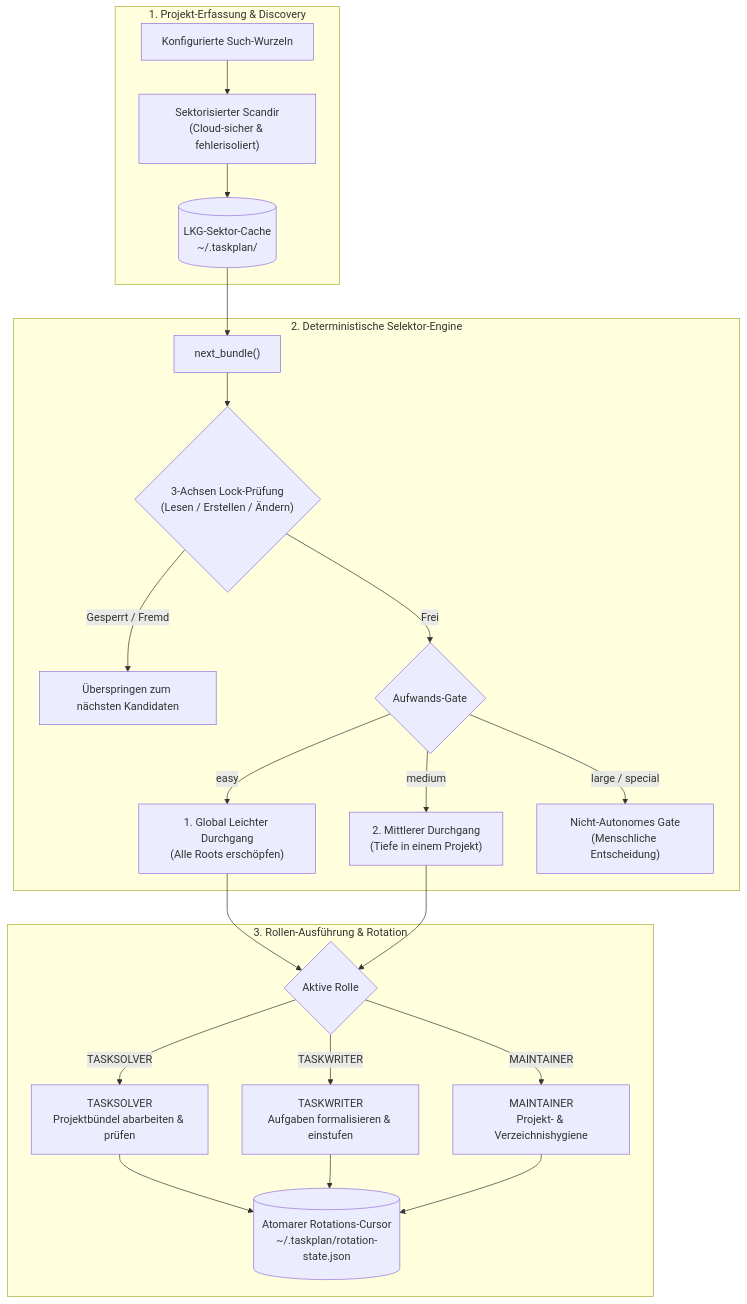
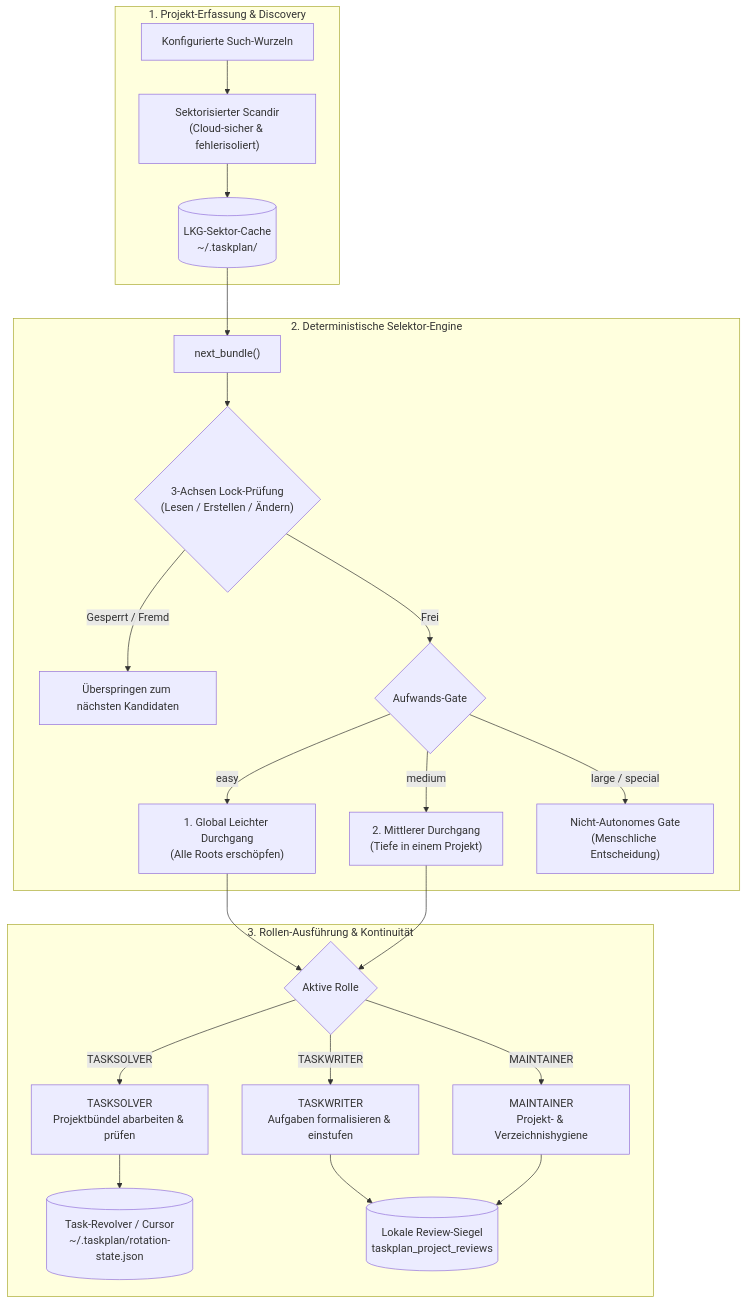
The diagram in README_de.md (ellmos-ai/task-master), drawn with Mermaid before and after one commit. The commit also changed other lines of this file and 25 other files, not shown here.

Commit message:
feat(review): add local seal and revisit pool

````diff
--- a/README_de.md
+++ b/README_de.md
@@ -46,28 +46,28 @@
 ```mermaid
 flowchart TD
     subgraph Discovery["1. Projekt-Erfassung & Discovery"]
         Roots["Konfigurierte Such-Wurzeln"] --> Scanner["Sektorisierter Scandir<br/>(Cloud-sicher & fehlerisoliert)"]
         Scanner --> Cache[("LKG-Sektor-Cache<br/>~/.taskplan/")]
     end
 
     subgraph Selection["2. Deterministische Selektor-Engine"]
         Cache --> NextBundle["next_bundle()"]
         NextBundle --> LockGate{"3-Achsen Lock-Prüfung<br/>(Lesen / Erstellen / Ändern)"}
         LockGate -->|Gesperrt / Fremd| Skip["Überspringen zum nächsten Kandidaten"]
         LockGate -->|Frei| EffortGate{"Aufwands-Gate"}
         EffortGate -->|easy| GlobalEasy["1. Global Leichter Durchgang<br/>(Alle Roots erschöpfen)"]
         EffortGate -->|medium| MediumPass["2. Mittlerer Durchgang<br/>(Tiefe in einem Projekt)"]
         EffortGate -->|large / special| NonAuto["Nicht-Autonomes Gate<br/>(Menschliche Entscheidung)"]
     end
 
-    subgraph Execution["3. Rollen-Ausführung & Rotation"]
+    subgraph Execution["3. Rollen-Ausführung & Kontinuität"]
         GlobalEasy --> Roles{"Aktive Rolle"}
         MediumPass --> Roles
         Roles -->|TASKWRITER| TW["TASKWRITER<br/>Aufgaben formalisieren & einstufen"]
         Roles -->|TASKSOLVER| TS["TASKSOLVER<br/>Projektbündel abarbeiten & prüfen"]
         Roles -->|MAINTAINER| MN["MAINTAINER<br/>Projekt- & Verzeichnishygiene"]
-        TS --> AtomicCursor[("Atomarer Rotations-Cursor<br/>~/.taskplan/rotation-state.json")]
-        TW --> AtomicCursor
-        MN --> AtomicCursor
+        TS --> AtomicCursor[("Task-Revolver / Cursor<br/>~/.taskplan/rotation-state.json")]
+        TW --> ReviewPool[("Lokale Review-Siegel<br/>taskplan_project_reviews")]
+        MN --> ReviewPool
     end
 ```
````
